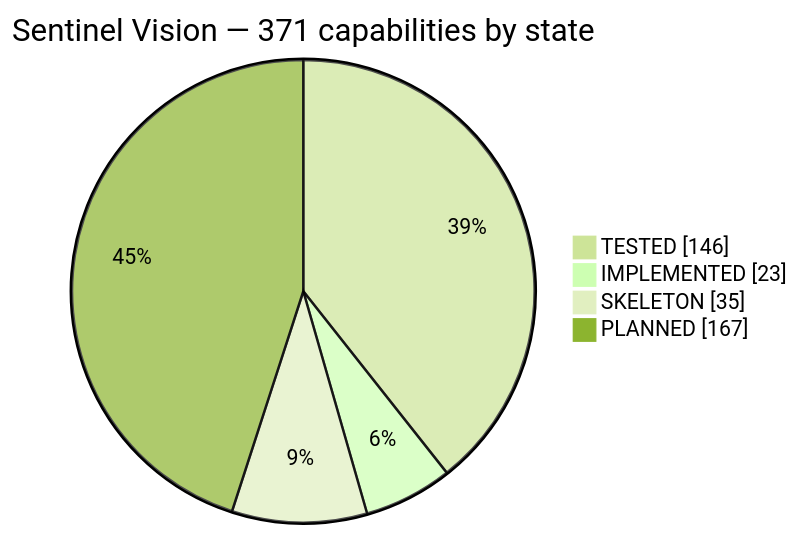
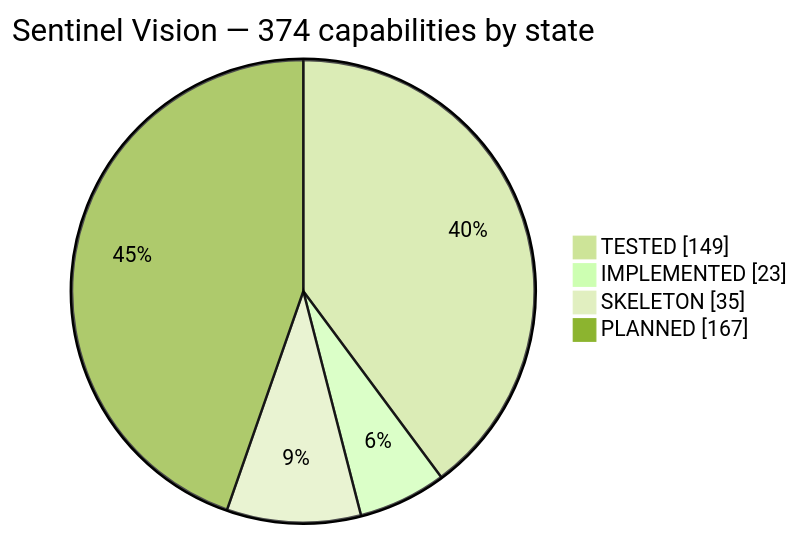
Before and after one commit to haidar-farhat/V.I.G.I.L._Vision_Intelligence_and_Geospatial_ncident_Layer: the first of 3 diagrams in FEATURES.md, drawn with Mermaid (forest theme). The commit also changed other lines of this file and 15 other files, not shown here.

````diff
--- a/FEATURES.md
+++ b/FEATURES.md
@@ -46,8 +46,8 @@
 ```mermaid
 pie showData
-    title Sentinel Vision — 371 capabilities by state
-    "TESTED" : 146
+    title Sentinel Vision — 374 capabilities by state
+    "TESTED" : 149
     "IMPLEMENTED" : 23
     "SKELETON" : 35
     "PLANNED" : 167
 ```
````
